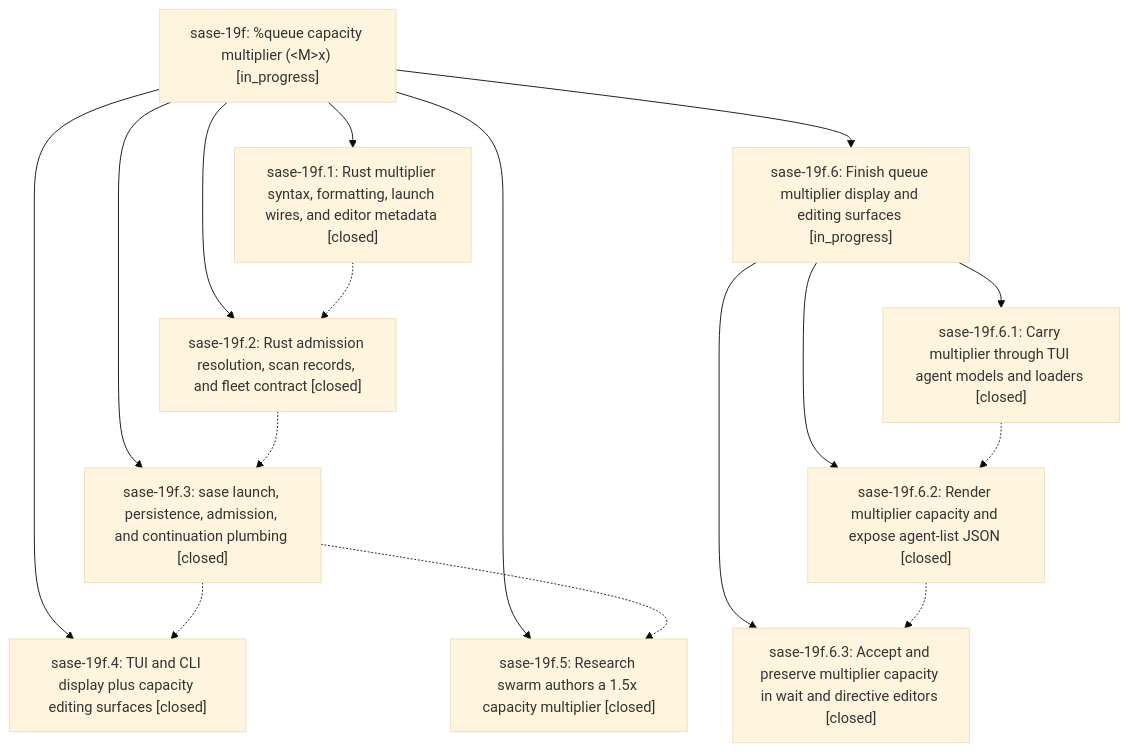
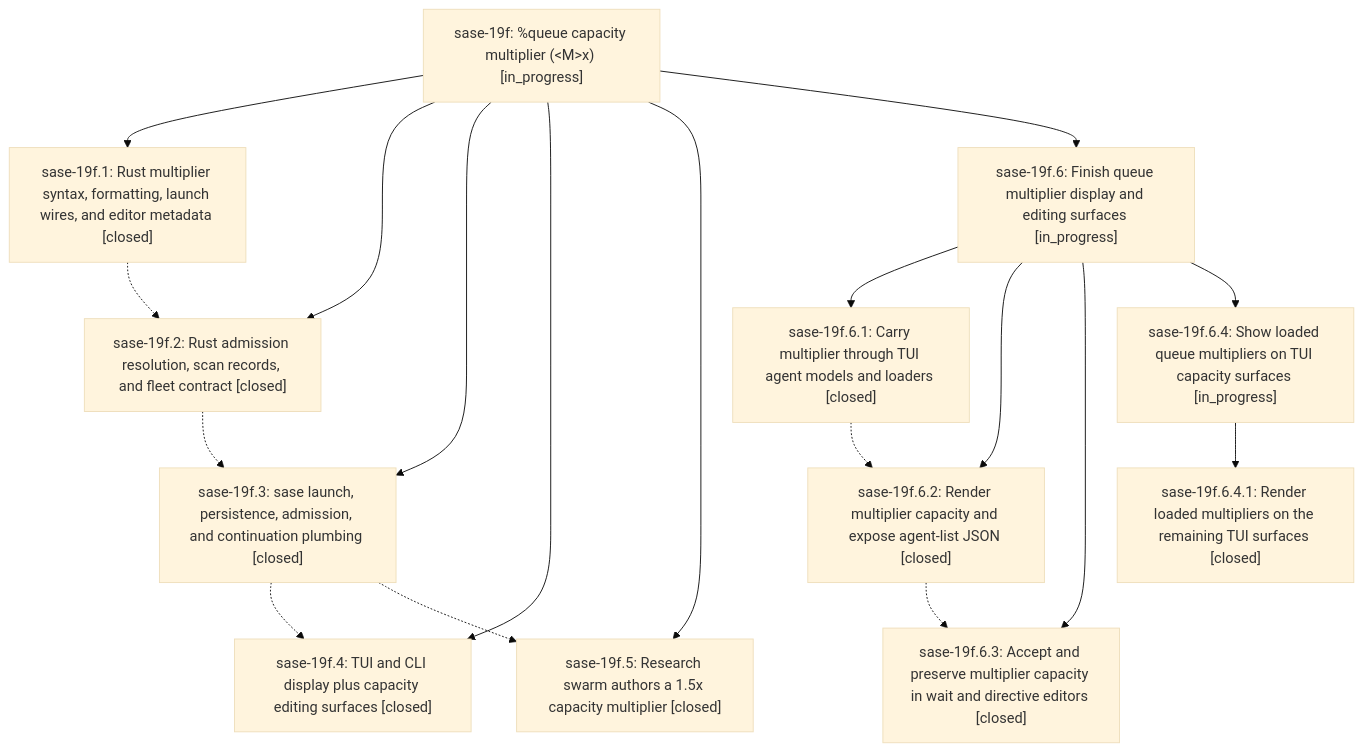
Before and after one commit to sase-org/sase--beads: the diagram in pages/sase-19f/README.md, drawn with Mermaid (base theme). The commit also changed other lines of this file and 3 other files, not shown here.

````diff
--- a/pages/sase-19f/README.md
+++ b/pages/sase-19f/README.md
@@ -36,28 +36,32 @@
 ```mermaid
 flowchart TD
     n0["sase-19f: %queue capacity multiplier (&lt;M&gt;x) [in_progress]"]
     n1["sase-19f.1: Rust multiplier syntax, formatting, launch wires, and editor metadata [closed]"]
     n2["sase-19f.2: Rust admission resolution, scan records, and fleet contract [closed]"]
     n3["sase-19f.3: sase launch, persistence, admission, and continuation plumbing [closed]"]
     n4["sase-19f.4: TUI and CLI display plus capacity editing surfaces [closed]"]
     n5["sase-19f.5: Research swarm authors a 1.5x capacity multiplier [closed]"]
     n6["sase-19f.6: Finish queue multiplier display and editing surfaces [in_progress]"]
     n7["sase-19f.6.1: Carry multiplier through TUI agent models and loaders [closed]"]
     n8["sase-19f.6.2: Render multiplier capacity and expose agent-list JSON [closed]"]
     n9["sase-19f.6.3: Accept and preserve multiplier capacity in wait and directive editors [closed]"]
+    n10["sase-19f.6.4: Show loaded queue multipliers on TUI capacity surfaces [in_progress]"]
+    n11["sase-19f.6.4.1: Render loaded multipliers on the remaining TUI surfaces [closed]"]
     n0 --> n1
     n0 --> n2
     n0 --> n3
     n0 --> n4
     n0 --> n5
     n0 --> n6
     n6 --> n7
     n6 --> n8
     n6 --> n9
+    n6 --> n10
+    n10 --> n11
     n1 -.-> n2
     n2 -.-> n3
     n3 -.-> n4
     n3 -.-> n5
     n7 -.-> n8
     n8 -.-> n9
 ```
````
